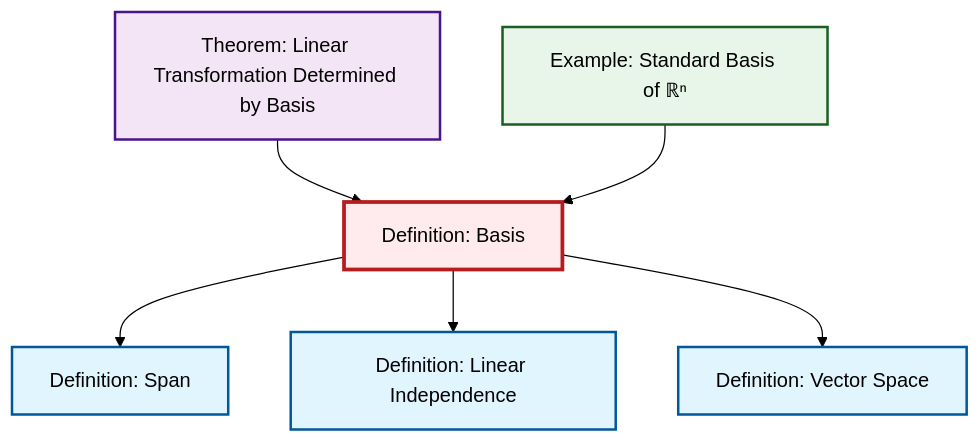
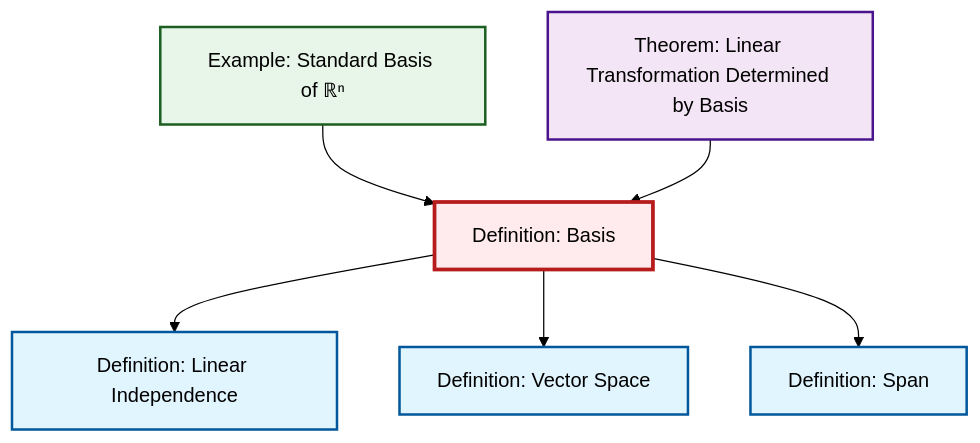
Before and after one commit to RK0429/ModernMath: the diagram in content/en/algebra/def-basis.qmd, drawn with Mermaid (forest theme). The commit also changed other lines of this file and 497 other files, not shown here.

````diff
--- a/content/en/algebra/def-basis.qmd
+++ b/content/en/algebra/def-basis.qmd
@@ -48,26 +48,26 @@
 ```{mermaid}
 %%| fig-cap: "Local dependency graph"
 graph TD
     classDef definition fill:#e1f5fe,stroke:#01579b,stroke-width:2px
     classDef theorem fill:#f3e5f5,stroke:#4a148c,stroke-width:2px
     classDef axiom fill:#fff3e0,stroke:#e65100,stroke-width:2px
     classDef example fill:#e8f5e9,stroke:#1b5e20,stroke-width:2px
     classDef current fill:#ffebee,stroke:#b71c1c,stroke-width:3px
+    def-vector-space["Definition: Vector Space"]:::definition
     def-basis["Definition: Basis"]:::definition
+    thm-linear-transformation-basis["Theorem: Linear Transformation Determined by Basis"]:::theorem
+    def-linear-independence["Definition: Linear Independence"]:::definition
+    ex-standard-basis-rn["Example: Standard Basis of ℝⁿ"]:::example
     def-span["Definition: Span"]:::definition
-    thm-linear-transformation-basis["Theorem: Linear Transformation Determined by Basis"]:::theorem
-    def-vector-space["Definition: Vector Space"]:::definition
-    ex-standard-basis-rn["Example: Standard Basis of ℝⁿ"]:::example
-    def-linear-independence["Definition: Linear Independence"]:::definition
+    ex-standard-basis-rn --> def-basis
+    thm-linear-transformation-basis --> def-basis
+    def-basis --> def-linear-independence
+    def-basis --> def-vector-space
     def-basis --> def-span
-    def-basis --> def-linear-independence
-    thm-linear-transformation-basis --> def-basis
-    ex-standard-basis-rn --> def-basis
-    def-basis --> def-vector-space
     class def-basis current
+    click def-vector-space "def-vector-space.html" "Go to Vector Space definition"
+    click thm-linear-transformation-basis "thm-linear-transformation-basis.html" "Go to Linear Transformation Determined by Basis theorem"
+    click def-linear-independence "def-linear-independence.html" "Go to Linear Independence definition"
+    click ex-standard-basis-rn "ex-standard-basis-rn.html" "Go to Standard Basis of ℝⁿ example"
     click def-span "def-span.html" "Go to Span definition"
-    click thm-linear-transformation-basis "thm-linear-transformation-basis.html" "Go to Linear Transformation Determined by Basis theorem"
-    click def-vector-space "def-vector-space.html" "Go to Vector Space definition"
-    click ex-standard-basis-rn "ex-standard-basis-rn.html" "Go to Standard Basis of ℝⁿ example"
-    click def-linear-independence "def-linear-independence.html" "Go to Linear Independence definition"
 ```
````
